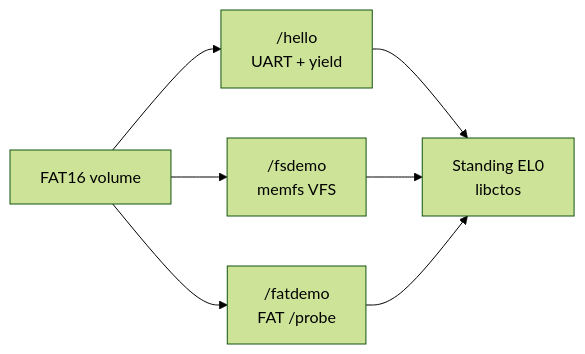
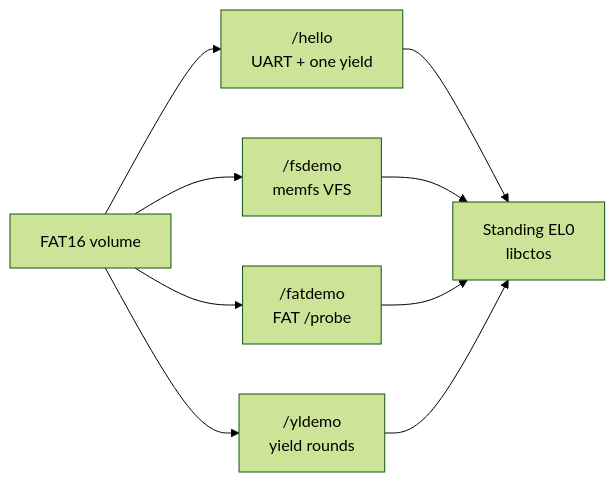
One commit to artofdream/ctos changed the first of 4 diagrams in docs/overview/what-can-run.md. Above: the diagram before and after it, drawn with Mermaid (forest theme). The commit also changed other lines of this file and 26 other files, not shown here.

````diff
--- a/docs/overview/what-can-run.md
+++ b/docs/overview/what-can-run.md
@@ -13,9 +13,11 @@
 ```mermaid
 flowchart LR
-  FAT["FAT16 volume"] --> H["/hello<br/>UART + yield"]
+  FAT["FAT16 volume"] --> H["/hello<br/>UART + one yield"]
   FAT --> F["/fsdemo<br/>memfs VFS"]
   FAT --> D["/fatdemo<br/>FAT /probe"]
+  FAT --> Y["/yldemo<br/>yield rounds"]
   H --> EL0["Standing EL0<br/>libctos"]
   F --> EL0
   D --> EL0
+  Y --> EL0
 ```
````
